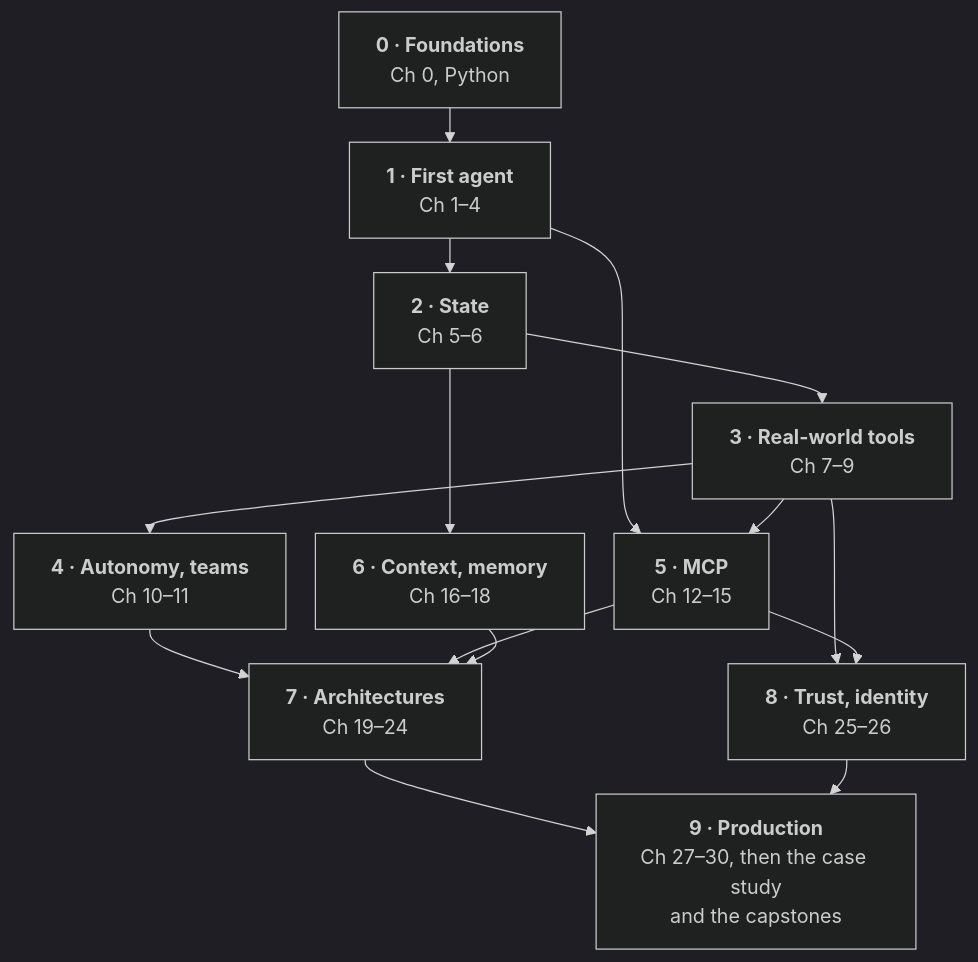
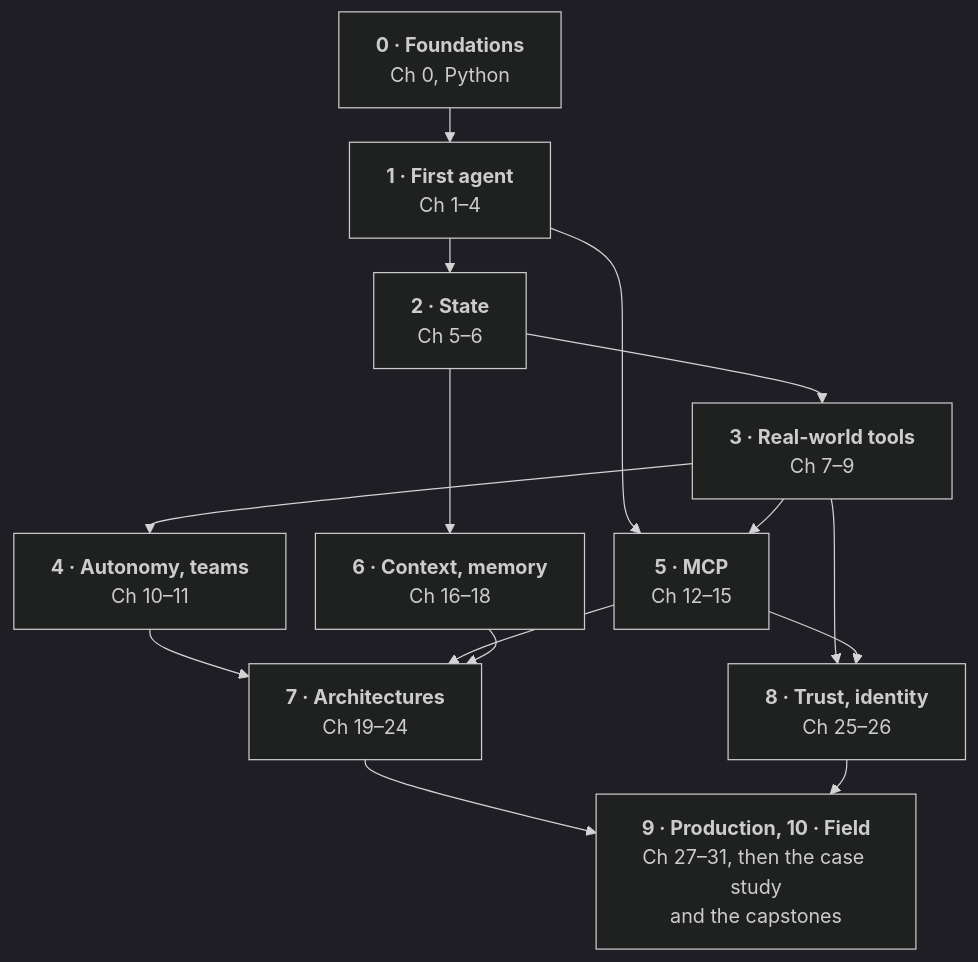
Before and after one commit to sbittla/building-agentic-ai: the diagram in course/md/fm_preface.md, drawn with Mermaid (dark theme). The commit also changed other lines of this file and 34 other files, not shown here.

````diff
--- a/course/md/fm_preface.md
+++ b/course/md/fm_preface.md
@@ -39,25 +39,25 @@
 ```mermaid
 %%{init: {"flowchart": {"rankSpacing": 28, "nodeSpacing": 24}}}%%
 flowchart TB
   P0["<b>0 · Foundations</b><br>Ch 0, Python"]
   P1["<b>1 · First agent</b><br>Ch 1–4"]
   P2["<b>2 · State</b><br>Ch 5–6"]
   P3["<b>3 · Real-world tools</b><br>Ch 7–9"]
   P4["<b>4 · Autonomy, teams</b><br>Ch 10–11"]
   P5["<b>5 · MCP</b><br>Ch 12–15"]
   P6["<b>6 · Context, memory</b><br>Ch 16–18"]
   P7["<b>7 · Architectures</b><br>Ch 19–24"]
   P8["<b>8 · Trust, identity</b><br>Ch 25–26"]
-  P9["<b>9 · Production</b><br>Ch 27–30, then the case study<br>and the capstones"]
+  P9["<b>9 · Production, 10 · Field</b><br>Ch 27–31, then the case study<br>and the capstones"]
   P0 --> P1 --> P2 --> P3 --> P4
   P1 --> P5
   P3 --> P5
   P2 --> P6
   P4 --> P7
   P5 --> P7
   P6 --> P7
   P3 --> P8
   P5 --> P8
   P7 --> P9
   P8 --> P9
 ```
````
